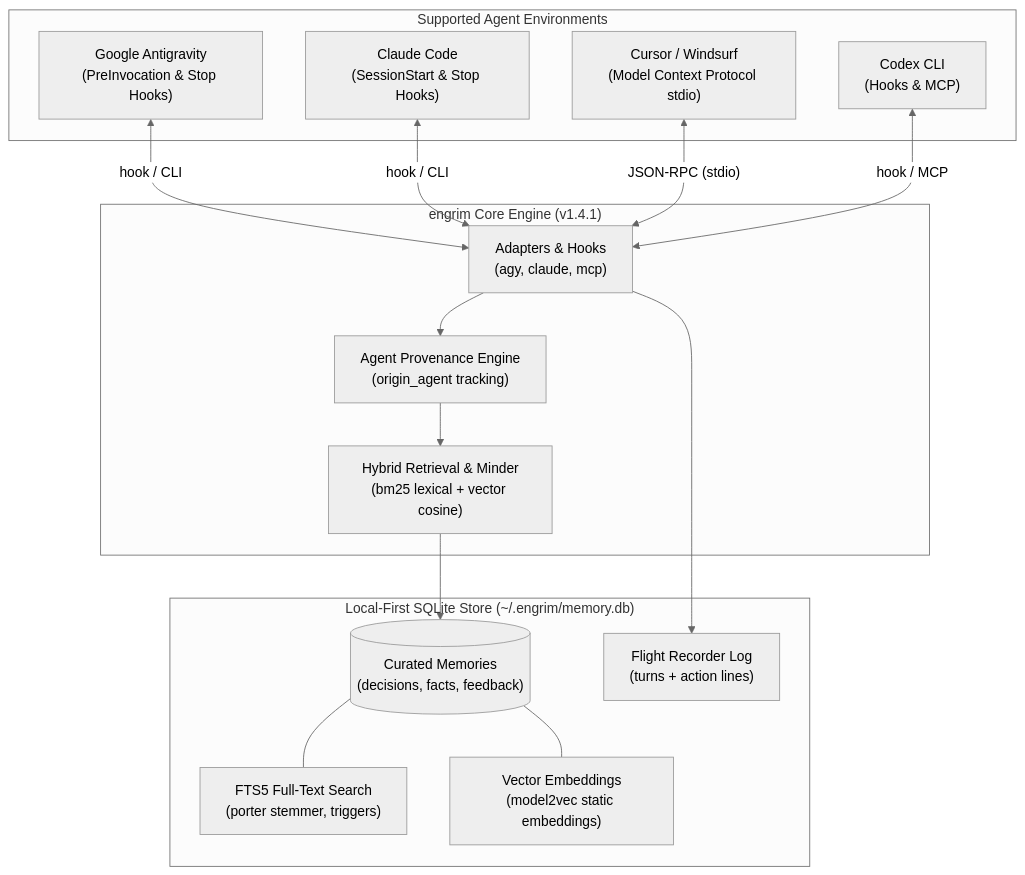
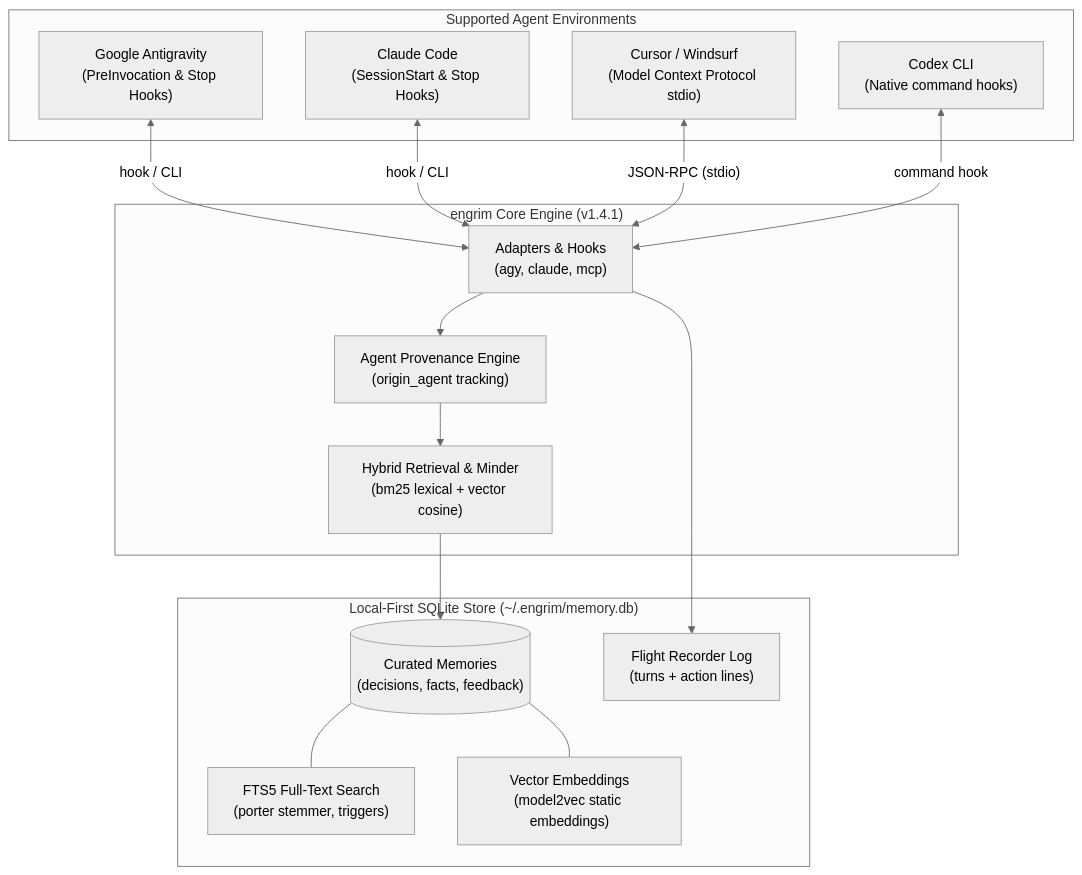
One commit to timgordontg/engrim changed the diagram in README.md. Above: the diagram before and after it, drawn with Mermaid (neutral theme). The commit also changed other lines of this file and 2 other files, not shown here.

Commit message:
(fix) Codex setup & integration (#15)

````diff
--- a/README.md
+++ b/README.md
@@ -42,33 +42,33 @@
 ```mermaid
 graph TD
     subgraph Agents ["Supported Agent Environments"]
         AGY["Google Antigravity<br/>(PreInvocation & Stop Hooks)"]
         CLAUDE["Claude Code<br/>(SessionStart & Stop Hooks)"]
         CURSOR["Cursor / Windsurf<br/>(Model Context Protocol stdio)"]
-        CODEX["Codex CLI<br/>(Hooks & MCP)"]
+        CODEX["Codex CLI<br/>(Native command hooks)"]
     end
 
     subgraph CoreEngine ["engrim Core Engine (v1.4.1)"]
         ADAPTERS["Adapters & Hooks<br/>(agy, claude, mcp)"]
         PROVENANCE["Agent Provenance Engine<br/>(origin_agent tracking)"]
         ROUTER["Hybrid Retrieval & Minder<br/>(bm25 lexical + vector cosine)"]
     end
 
     subgraph Storage ["Local-First SQLite Store (~/.engrim/memory.db)"]
         MEMORIES[("Curated Memories<br/>(decisions, facts, feedback)")]
         FTS5["FTS5 Full-Text Search<br/>(porter stemmer, triggers)"]
         VEC["Vector Embeddings<br/>(model2vec static embeddings)"]
         LOG["Flight Recorder Log<br/>(turns + action lines)"]
     end
 
     AGY <-->|"hook / CLI"| ADAPTERS
     CLAUDE <-->|"hook / CLI"| ADAPTERS
     CURSOR <-->|"JSON-RPC (stdio)"| ADAPTERS
-    CODEX <-->|"hook / MCP"| ADAPTERS
+    CODEX <-->|"command hook"| ADAPTERS
     ADAPTERS --> PROVENANCE
     PROVENANCE --> ROUTER
     ROUTER --> MEMORIES
     MEMORIES --- FTS5
     MEMORIES --- VEC
     ADAPTERS --> LOG
 ```
````
